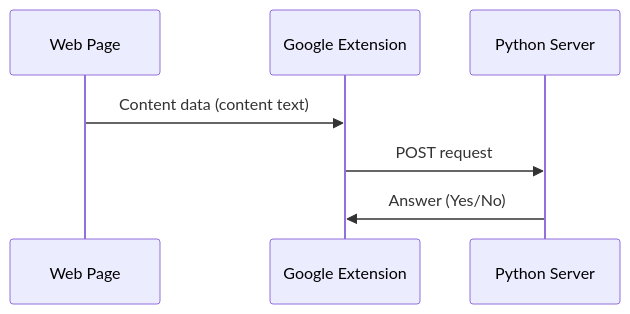
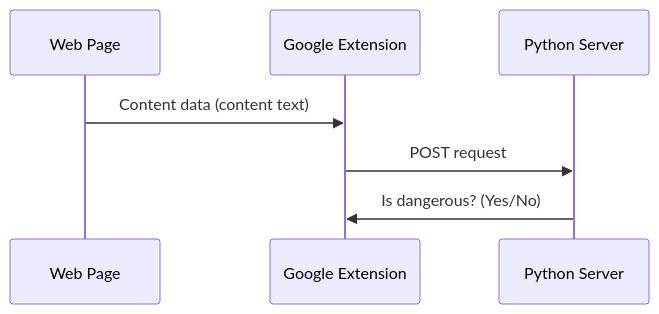
One commit to OwlCodR/dangerous-webpages-detection changed the diagram in README.md. Above: the diagram before and after it, drawn with Mermaid.

````diff
--- a/README.md
+++ b/README.md
@@ -14,6 +14,6 @@
 ```mermaid
 sequenceDiagram
 Web Page ->> Google Extension: Content data (content text)
 Google Extension ->> Python Server: POST request
-Python Server ->> Google Extension: Answer (Yes/No)
+Python Server ->> Google Extension: Is dangerous? (Yes/No)
 ```
````
